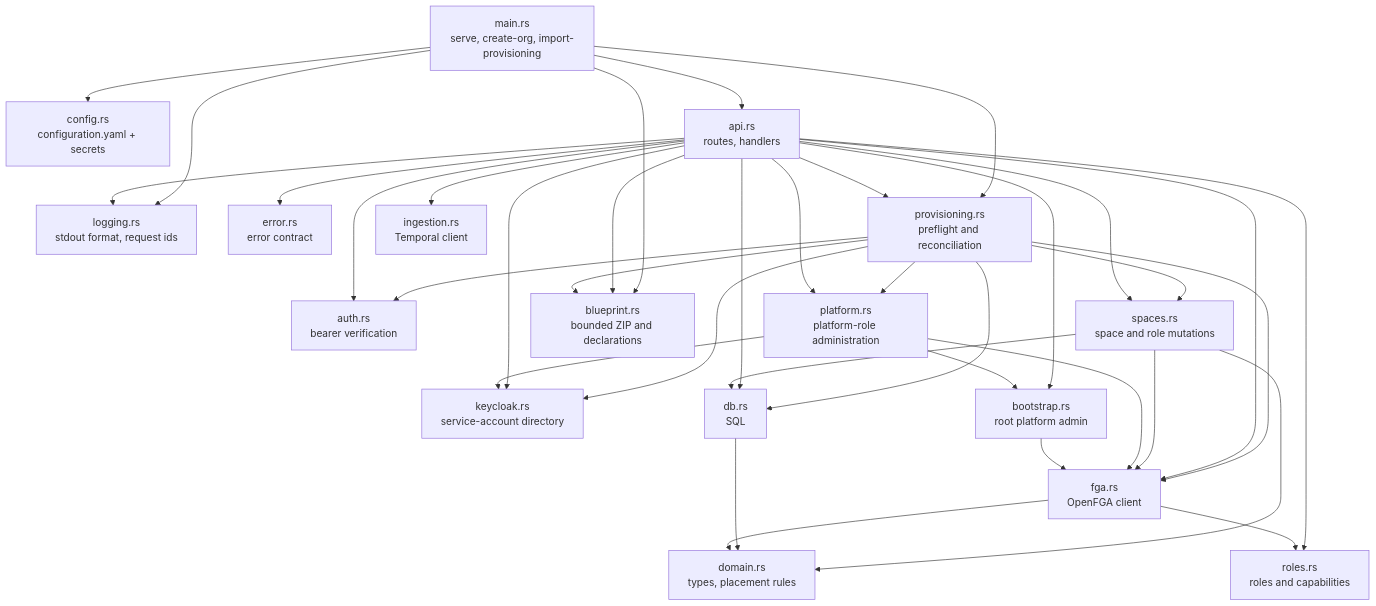
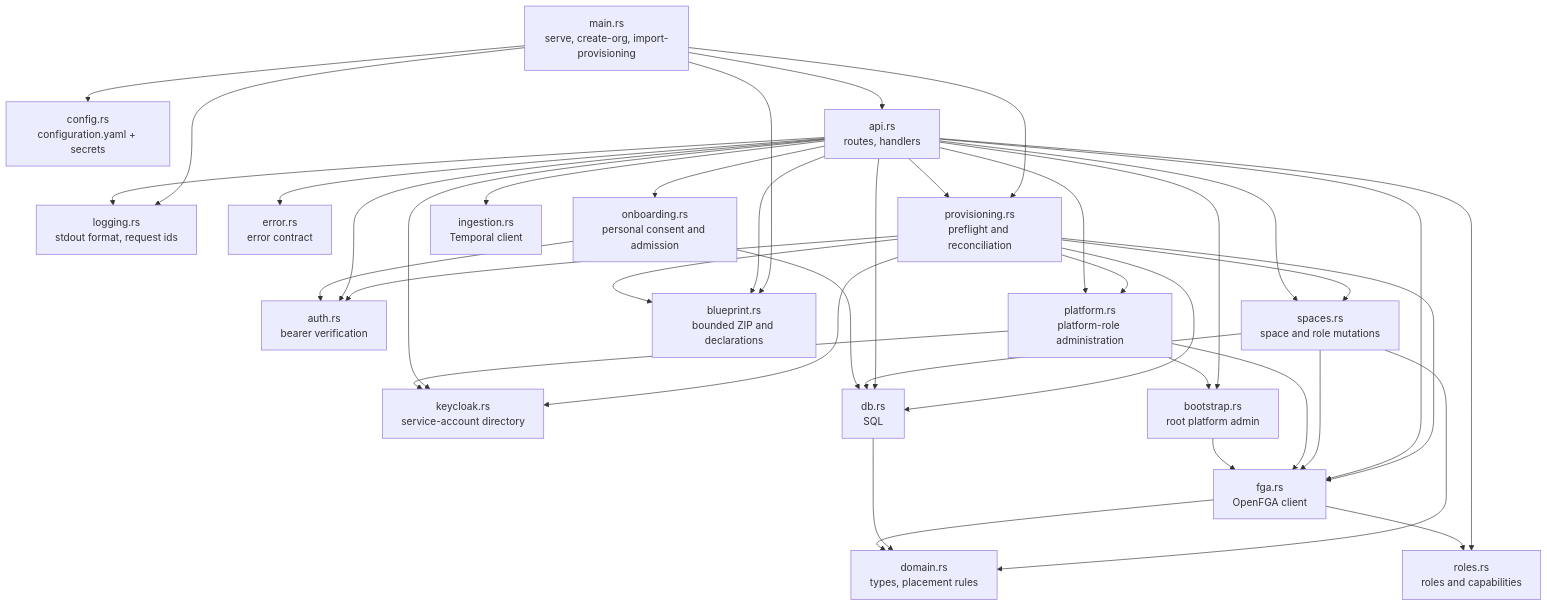
Before and after one commit to ThalesGroup/fred: the diagram in docs/architecture/03-building-blocks.md, drawn with Mermaid. The commit also changed other lines of this file and 47 other files, not shown here.

````diff
--- a/docs/architecture/03-building-blocks.md
+++ b/docs/architecture/03-building-blocks.md
@@ -8,33 +8,35 @@
 ```mermaid
 flowchart TB
     main["main.rs<br/>serve, create-org, import-provisioning"]
     config["config.rs<br/>configuration.yaml + secrets"]
     logging["logging.rs<br/>stdout format, request ids"]
     api["api.rs<br/>routes, handlers"]
     auth["auth.rs<br/>bearer verification"]
     error["error.rs<br/>error contract"]
     spaces["spaces.rs<br/>space and role mutations"]
     provisioning["provisioning.rs<br/>preflight and reconciliation"]
     blueprint["blueprint.rs<br/>bounded ZIP and declarations"]
     platform["platform.rs<br/>platform-role administration"]
     roles["roles.rs<br/>roles and capabilities"]
     directory["keycloak.rs<br/>service-account directory"]
+    onboarding["onboarding.rs<br/>personal consent and admission"]
     bootstrap["bootstrap.rs<br/>root platform admin"]
     domain["domain.rs<br/>types, placement rules"]
     db["db.rs<br/>SQL"]
     fga["fga.rs<br/>OpenFGA client"]
     ingestion["ingestion.rs<br/>Temporal client"]
 
     main --> config & logging & api & provisioning & blueprint
     api --> provisioning & blueprint
     provisioning --> blueprint
     provisioning --> auth & platform & directory & db & fga & spaces
     api --> auth & error & spaces & bootstrap & db & fga & ingestion & logging
     spaces --> domain & db & fga
-    api --> platform & roles & directory
+    api --> platform & roles & directory & onboarding
+    onboarding --> auth & db
     platform --> bootstrap & directory & fga
     fga --> roles
     bootstrap --> fga
     db --> domain
     fga --> domain
 ```
````
